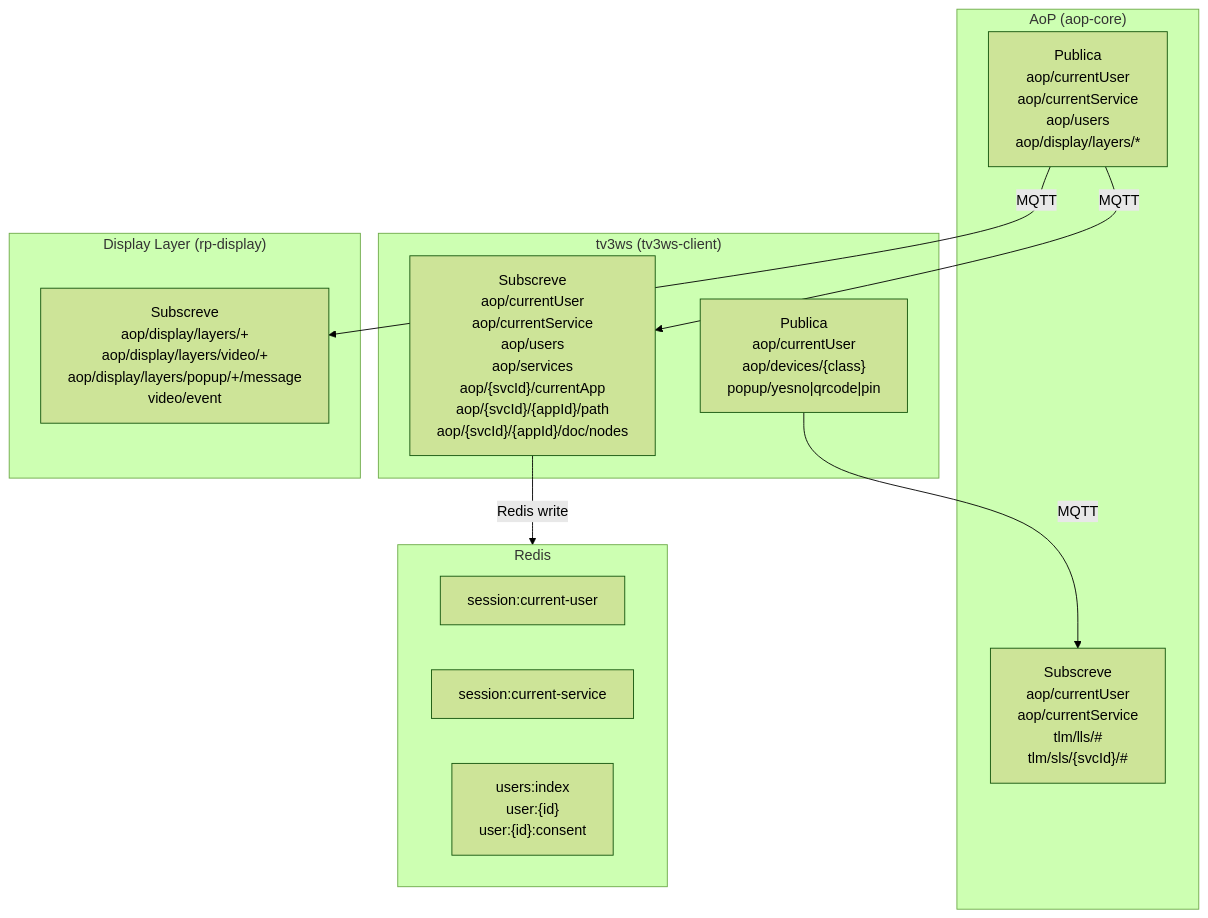
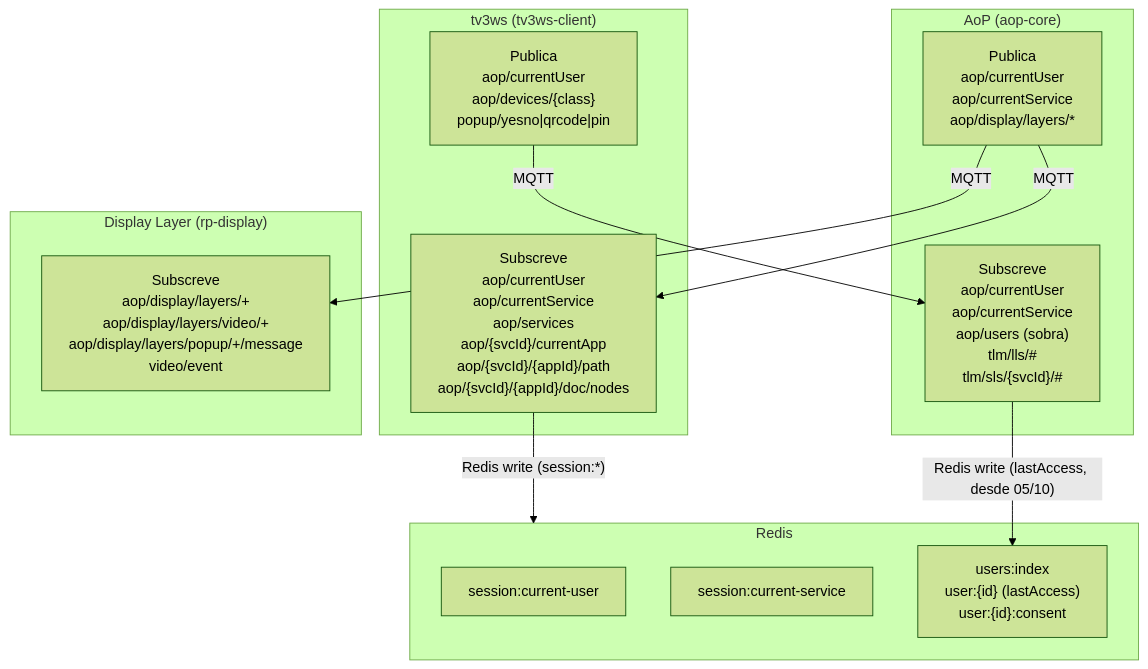
The diagram in docs/08-mqtt-map.md (multisens/Infra), drawn with Mermaid (forest theme) before and after one commit. The commit also changed other lines of this file and 26 other files, not shown here.

````diff
--- a/docs/08-mqtt-map.md
+++ b/docs/08-mqtt-map.md
@@ -190,27 +194,28 @@
 ```mermaid
 graph TD
     subgraph AoP["AoP (aop-core)"]
-        AOP_PUB["Publica\naop/currentUser\naop/currentService\naop/users\naop/display/layers/*"]
-        AOP_SUB["Subscreve\naop/currentUser\naop/currentService\ntlm/lls/#\ntlm/sls/{svcId}/#"]
+        AOP_PUB["Publica\naop/currentUser\naop/currentService\naop/display/layers/*"]
+        AOP_SUB["Subscreve\naop/currentUser\naop/currentService\naop/users (sobra)\ntlm/lls/#\ntlm/sls/{svcId}/#"]
     end
 
     subgraph TV3WS["tv3ws (tv3ws-client)"]
         TV3WS_PUB["Publica\naop/currentUser\naop/devices/{class}\npopup/yesno|qrcode|pin"]
-        TV3WS_SUB["Subscreve\naop/currentUser\naop/currentService\naop/users\naop/services\naop/{svcId}/currentApp\naop/{svcId}/{appId}/path\naop/{svcId}/{appId}/doc/nodes"]
+        TV3WS_SUB["Subscreve\naop/currentUser\naop/currentService\naop/services\naop/{svcId}/currentApp\naop/{svcId}/{appId}/path\naop/{svcId}/{appId}/doc/nodes"]
     end
 
     subgraph REDIS["Redis"]
         R_USER["session:current-user"]
         R_SVC["session:current-service"]
-        R_USERS["users:index\nuser:{id}\nuser:{id}:consent"]
+        R_USERS["users:index\nuser:{id} (lastAccess)\nuser:{id}:consent"]
     end
 
     subgraph DISPLAY["Display Layer (rp-display)"]
         D_SUB["Subscreve\naop/display/layers/+\naop/display/layers/video/+\naop/display/layers/popup/+/message\nvideo/event"]
     end
 
     AOP_PUB -->|"MQTT"| TV3WS_SUB
     AOP_PUB -->|"MQTT"| D_SUB
     TV3WS_PUB -->|"MQTT"| AOP_SUB
-    TV3WS_SUB -->|"Redis write"| REDIS
+    TV3WS_SUB -->|"Redis write (session:*)"| REDIS
+    AOP_SUB -->|"Redis write (lastAccess, desde 05/10)"| R_USERS
 ```
````
